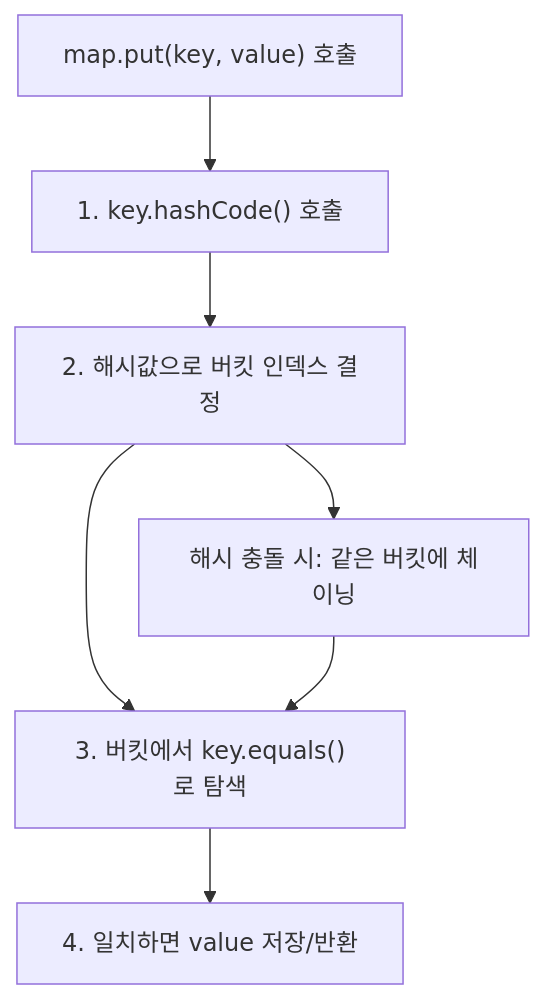
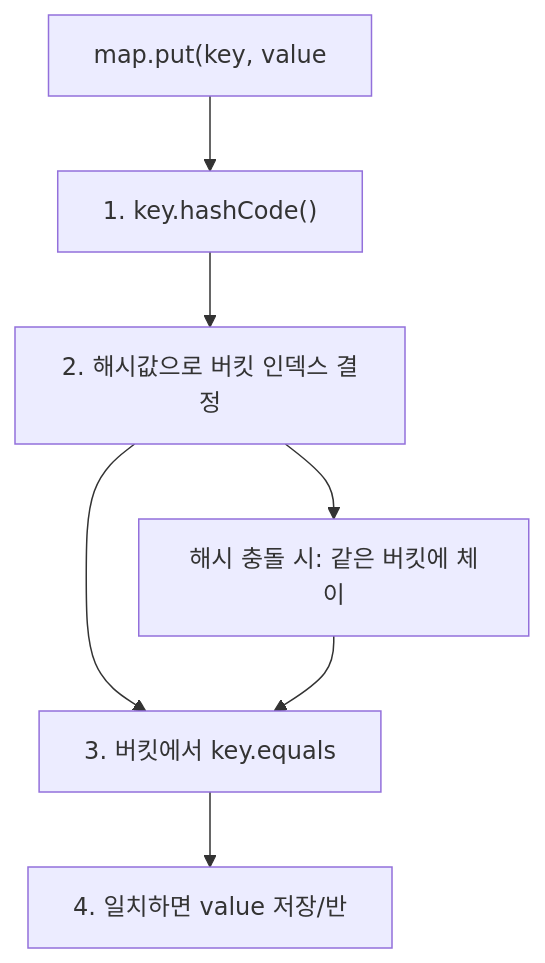
Before and after one commit to yjkim2015/yjkim2015.github.io: the third of 6 diagrams in _posts/java/2026-05-01-java-object-class.md, drawn with Mermaid. The commit also changed other lines of this file and 271 other files, not shown here.

First line of the commit message:
Mermaid 라벨 축소: 긴 노드 텍스트 18자 이하로 트림 + \n 제거

````diff
--- a/_posts/java/2026-05-01-java-object-class.md
+++ b/_posts/java/2026-05-01-java-object-class.md
@@ -296,11 +296,11 @@
 ```mermaid
 graph TD
-    PUT["map.put(key, value) 호출"]
-    HASH["1. key.hashCode() 호출"]
+    PUT["map.put(key, value"]
+    HASH["1. key.hashCode()"]
     BUCKET["2. 해시값으로 버킷 인덱스 결정"]
-    EQUALS["3. 버킷에서 key.equals()로 탐색"]
-    STORE["4. 일치하면 value 저장/반환"]
-    CHAIN["해시 충돌 시: 같은 버킷에 체이닝"]
+    EQUALS["3. 버킷에서 key.equals"]
+    STORE["4. 일치하면 value 저장/반"]
+    CHAIN["해시 충돌 시: 같은 버킷에 체이"]
     PUT --> HASH --> BUCKET --> EQUALS --> STORE
     BUCKET --> CHAIN --> EQUALS
 ```
````
